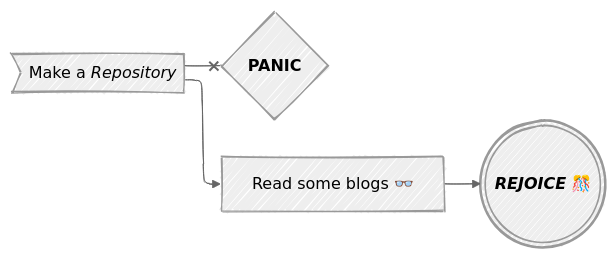
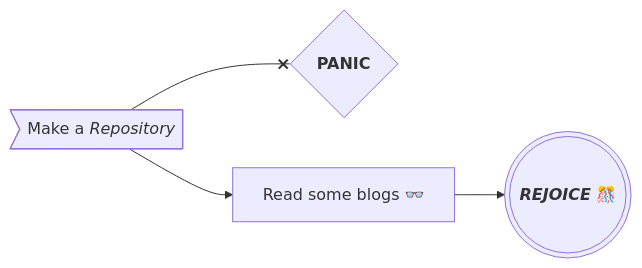
Before and after one commit to ADMBSL/Alison: the diagram in README.md, drawn with Mermaid.

````diff
--- a/README.md
+++ b/README.md
@@ -20,12 +20,6 @@
 ```mermaid
----
-config:
-  layout: elk
-  look: handDrawn
-  theme: neutral
----
 flowchart LR;
     A>"`Make a _Repository_`"]--xB{"`**PANIC**`"};
     A-->C["`Read  some blogs 👓`"];
     C -->D((("`**_REJOICE_** 🎊`")));
 ```
````
